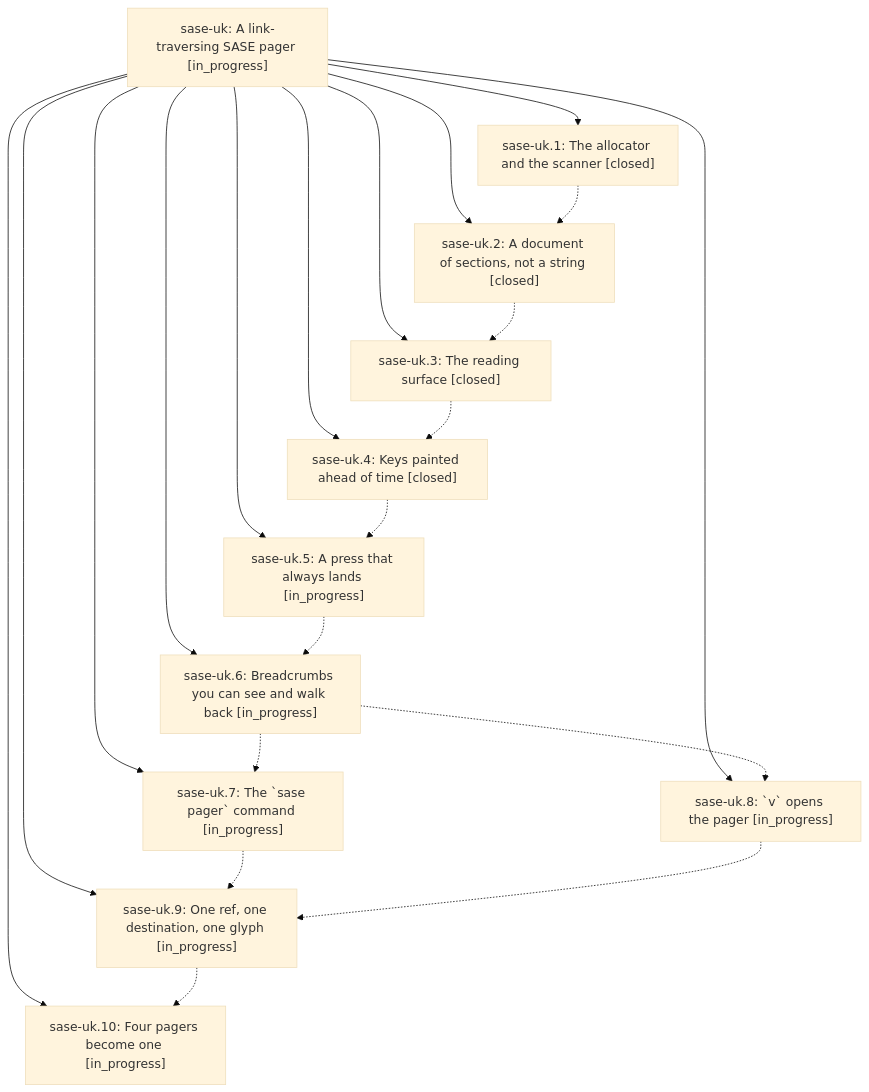
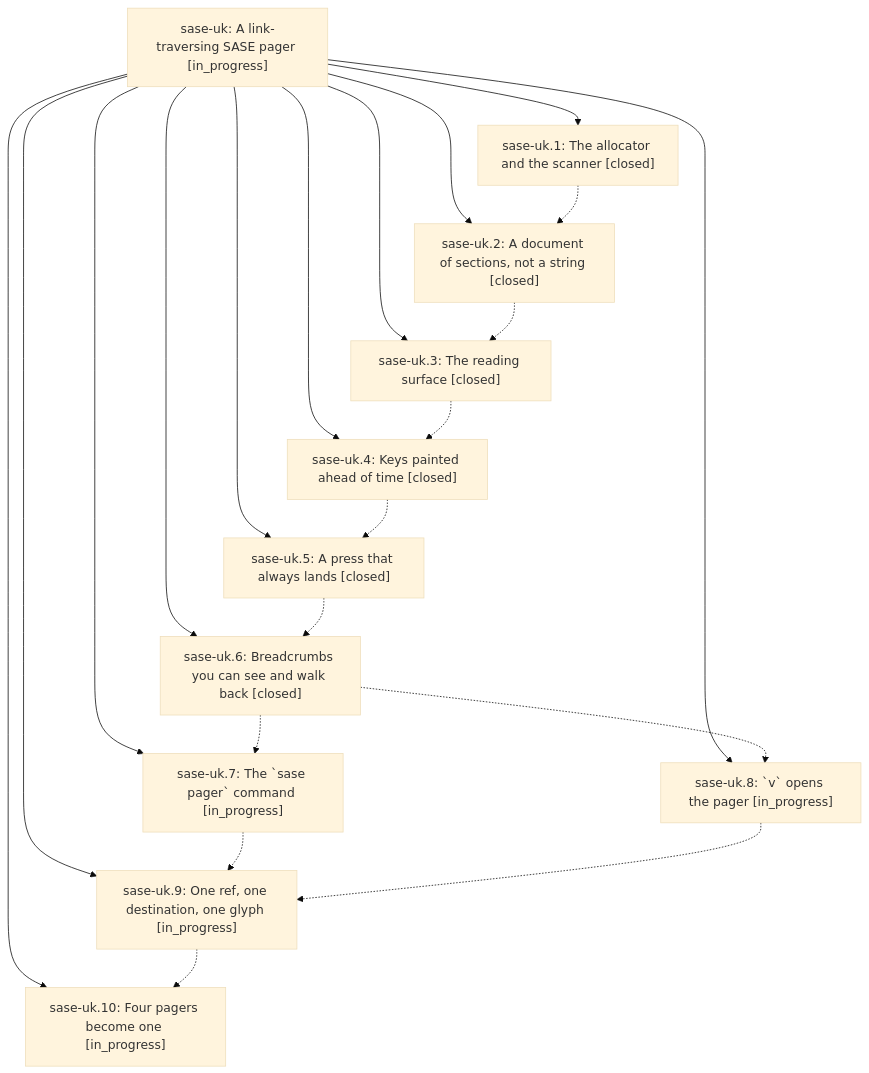
Before and after one commit to sase-org/sase--beads: the diagram in pages/sase-uk/README.md, drawn with Mermaid (base theme). The commit also changed other lines of this file and 5 other files, not shown here.

````diff
--- a/pages/sase-uk/README.md
+++ b/pages/sase-uk/README.md
@@ -43,34 +43,34 @@
 ```mermaid
 flowchart TD
     n0["sase-uk: A link-traversing SASE pager [in_progress]"]
     n1["sase-uk.1: The allocator and the scanner [closed]"]
     n2["sase-uk.10: Four pagers become one [in_progress]"]
     n3["sase-uk.2: A document of sections, not a string [closed]"]
     n4["sase-uk.3: The reading surface [closed]"]
     n5["sase-uk.4: Keys painted ahead of time [closed]"]
-    n6["sase-uk.5: A press that always lands [in_progress]"]
-    n7["sase-uk.6: Breadcrumbs you can see and walk back [in_progress]"]
+    n6["sase-uk.5: A press that always lands [closed]"]
+    n7["sase-uk.6: Breadcrumbs you can see and walk back [closed]"]
     n8["sase-uk.7: The `sase pager` command [in_progress]"]
     n9["sase-uk.8: `v` opens the pager [in_progress]"]
     n10["sase-uk.9: One ref, one destination, one glyph [in_progress]"]
     n0 --> n1
     n0 --> n2
     n0 --> n3
     n0 --> n4
     n0 --> n5
     n0 --> n6
     n0 --> n7
     n0 --> n8
     n0 --> n9
     n0 --> n10
     n1 -.-> n3
     n3 -.-> n4
     n4 -.-> n5
     n5 -.-> n6
     n6 -.-> n7
     n7 -.-> n8
     n7 -.-> n9
     n8 -.-> n10
     n9 -.-> n10
     n10 -.-> n2
 ```
````
